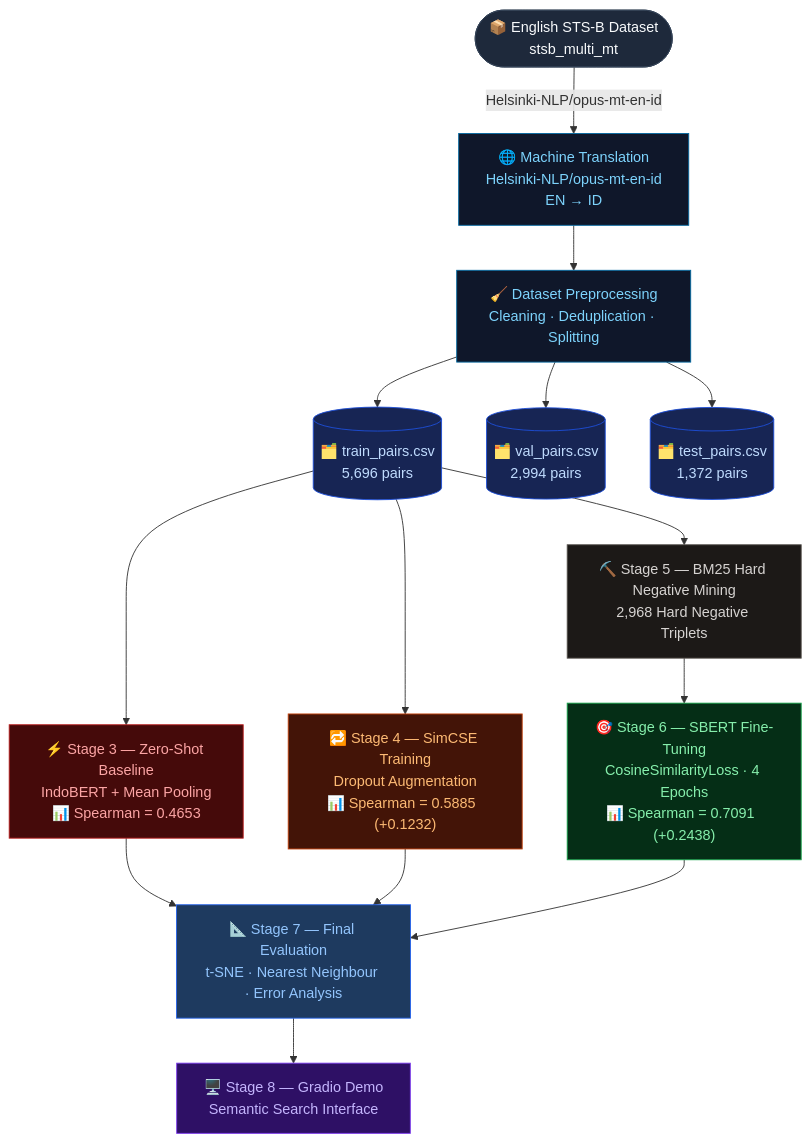
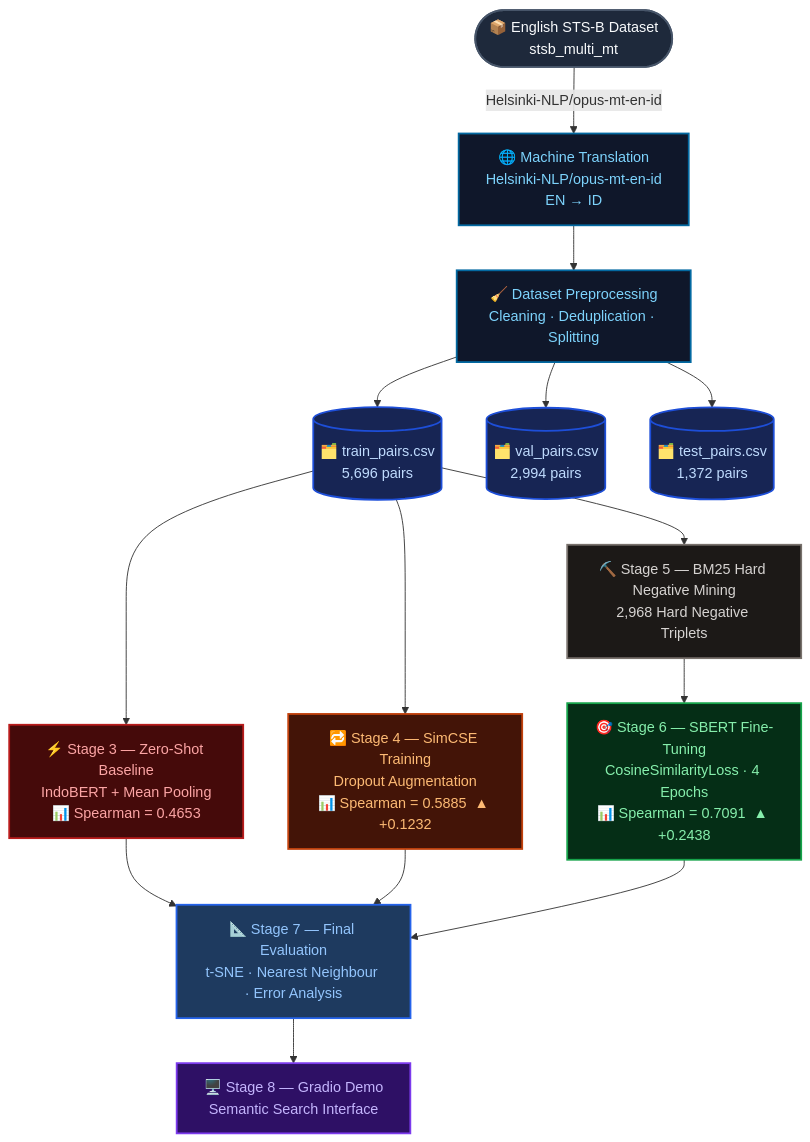
The first of 6 diagrams in README.md (f4tahitsYours/indonesian-sts-embeddings), drawn with Mermaid before and after one commit. The commit also changed other lines of this file, not shown here.

Commit message:
Refactor Mermaid diagrams for clarity and style

````diff
--- a/README.md
+++ b/README.md
@@ -125,45 +125,38 @@
 ```mermaid
 flowchart TD
     A([📦 English STS-B Dataset\nstsb_multi_mt])
-    B[🌐 Machine Translation\nHelsinki-NLP/opus-mt-en-id\nEN → ID]
-    C[🧹 Dataset Preprocessing\nCleaning · Deduplication · Splitting]
+    B["🌐 Machine Translation\nHelsinki-NLP/opus-mt-en-id\nEN → ID"]
+    C["🧹 Dataset Preprocessing\nCleaning · Deduplication · Splitting"]
 
     D[(🗂️ train_pairs.csv\n5,696 pairs)]
     E[(🗂️ val_pairs.csv\n2,994 pairs)]
     F[(🗂️ test_pairs.csv\n1,372 pairs)]
 
     G["⚡ Stage 3 — Zero-Shot Baseline\nIndoBERT + Mean Pooling\n📊 Spearman = 0.4653"]
-    H["🔁 Stage 4 — SimCSE Training\nDropout Augmentation\n📊 Spearman = 0.5885  (+0.1232)"]
+    H["🔁 Stage 4 — SimCSE Training\nDropout Augmentation\n📊 Spearman = 0.5885  ▲ +0.1232"]
     I["⛏️ Stage 5 — BM25 Hard Negative Mining\n2,968 Hard Negative Triplets"]
-    J["🎯 Stage 6 — SBERT Fine-Tuning\nCosineSimilarityLoss · 4 Epochs\n📊 Spearman = 0.7091  (+0.2438)"]
-
+    J["🎯 Stage 6 — SBERT Fine-Tuning\nCosineSimilarityLoss · 4 Epochs\n📊 Spearman = 0.7091  ▲ +0.2438"]
     K["📐 Stage 7 — Final Evaluation\nt-SNE · Nearest Neighbour · Error Analysis"]
     L["🖥️ Stage 8 — Gradio Demo\nSemantic Search Interface"]
 
-    A -->|Helsinki-NLP/opus-mt-en-id| B
+    A -->|"Helsinki-NLP/opus-mt-en-id"| B
     B --> C
     C --> D & E & F
-
-    D --> G
-    D --> H
-    D --> I
+    D --> G & H & I
     I --> J
-
-    G --> K
-    H --> K
-    J --> K
+    G & H & J --> K
     K --> L
 
-    style A fill:#1e293b,color:#f8fafc,stroke:#334155
-    style B fill:#0f172a,color:#7dd3fc,stroke:#0369a1
-    style C fill:#0f172a,color:#7dd3fc,stroke:#0369a1
-    style D fill:#172554,color:#bfdbfe,stroke:#1d4ed8
-    style E fill:#172554,color:#bfdbfe,stroke:#1d4ed8
-    style F fill:#172554,color:#bfdbfe,stroke:#1d4ed8
-    style G fill:#450a0a,color:#fca5a5,stroke:#b91c1c
-    style H fill:#431407,color:#fdba74,stroke:#c2410c
-    style I fill:#1c1917,color:#d6d3d1,stroke:#57534e
-    style J fill:#052e16,color:#86efac,stroke:#16a34a
-    style K fill:#1e3a5f,color:#93c5fd,stroke:#2563eb
-    style L fill:#2e1065,color:#c4b5fd,stroke:#7c3aed
+    style A fill:#1e293b,color:#f8fafc,stroke:#475569,stroke-width:2px
+    style B fill:#0f172a,color:#7dd3fc,stroke:#0369a1,stroke-width:2px
+    style C fill:#0f172a,color:#7dd3fc,stroke:#0369a1,stroke-width:2px
+    style D fill:#172554,color:#bfdbfe,stroke:#1d4ed8,stroke-width:2px
+    style E fill:#172554,color:#bfdbfe,stroke:#1d4ed8,stroke-width:2px
+    style F fill:#172554,color:#bfdbfe,stroke:#1d4ed8,stroke-width:2px
+    style G fill:#450a0a,color:#fca5a5,stroke:#b91c1c,stroke-width:2px
+    style H fill:#431407,color:#fdba74,stroke:#c2410c,stroke-width:2px
+    style I fill:#1c1917,color:#d6d3d1,stroke:#78716c,stroke-width:2px
+    style J fill:#052e16,color:#86efac,stroke:#16a34a,stroke-width:2px
+    style K fill:#1e3a5f,color:#93c5fd,stroke:#2563eb,stroke-width:2px
+    style L fill:#2e1065,color:#c4b5fd,stroke:#7c3aed,stroke-width:2px
 ```
````
